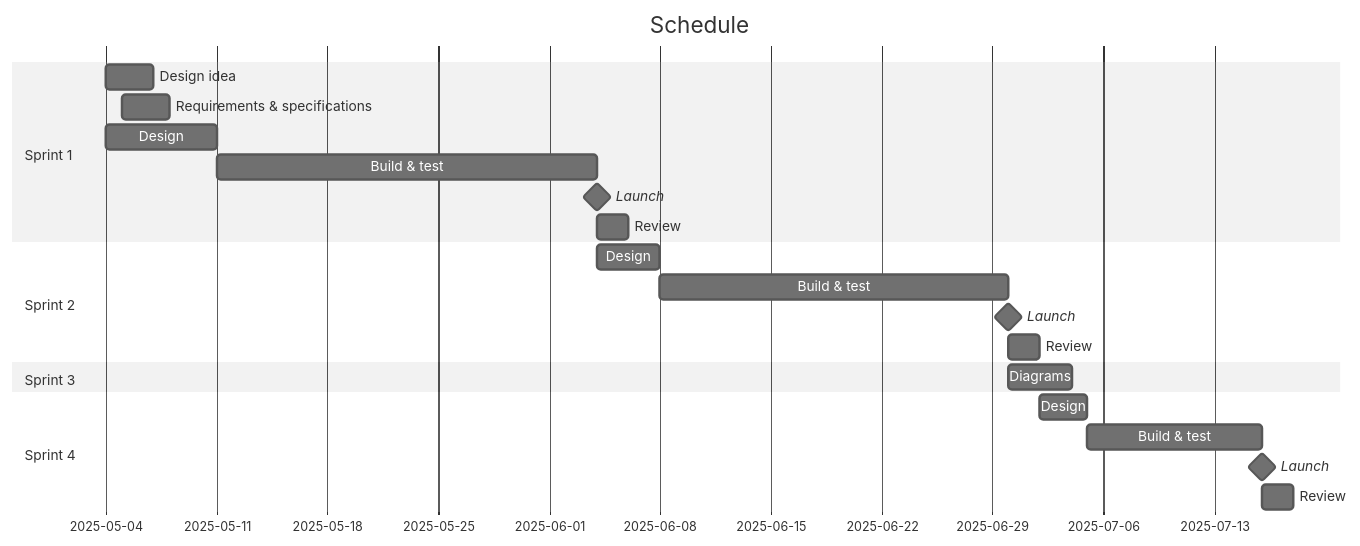
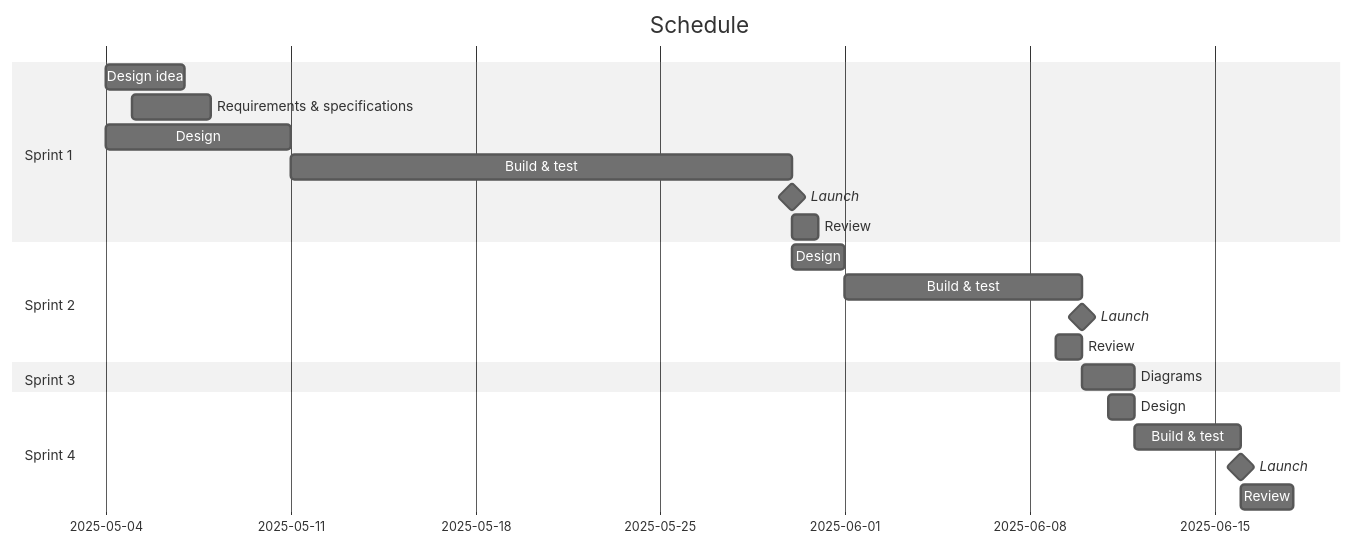
One commit to Tsunami014/MoriNoKomichi changed the diagram in docs/DOCS.md. Above: the diagram before and after it, drawn with Mermaid (neutral theme). The commit also changed other lines of this file and 4 other files, not shown here.

First line of the commit message:
Fixed issues with qopenglwidget, gant chart and task heights

````diff
--- a/docs/DOCS.md
+++ b/docs/DOCS.md
@@ -40,25 +40,25 @@
 ```mermaid
 gantt
     title Schedule
     dateFormat YYYY-MM-DD
     section Sprint 1
         Design idea                   :2025-05-04, 2025-05-07
         Requirements & specifications :2025-05-05, 2025-05-08
         Design                        :2025-05-04, 2025-05-11
-        Build & test                  :2025-05-11, 2025-06-04
-        Launch                        :milestone,  2025-06-04, 2m
-        Review                        :2025-06-04, 2025-06-06
+        Build & test                  :2025-05-11, 2025-05-30
+        Launch                        :milestone,  2025-05-30, 2m
+        Review                        :2025-05-30, 2025-05-31
     section Sprint 2
-        Design                        :2025-06-04, 2025-06-08
-        Build & test                  :2025-06-08, 2025-06-30
-        Launch                        :milestone,  2025-06-30, 2m
-        Review                        :2025-06-30, 2025-07-02
+        Design                        :2025-05-30, 2025-06-01
+        Build & test                  :2025-06-01, 2025-06-10
+        Launch                        :milestone,  2025-06-10, 2m
+        Review                        :2025-06-09, 2025-06-10
     section Sprint 3
-        Diagrams                      :2025-06-30, 2025-07-04
+        Diagrams                      :2025-06-10, 2025-06-12
     section Sprint 4
-        Design                        :2025-07-02, 2025-07-05
-        Build & test                  :2025-07-05, 2025-07-16
-        Launch                        :milestone,  2025-07-16, 2m
-        Review                        :2025-07-16, 2025-07-18
+        Design                        :2025-06-11, 2025-06-12
+        Build & test                  :2025-06-12, 2025-06-16
+        Launch                        :milestone,  2025-06-16, 2m
+        Review                        :2025-06-16, 2025-06-18
 
 ```
````
